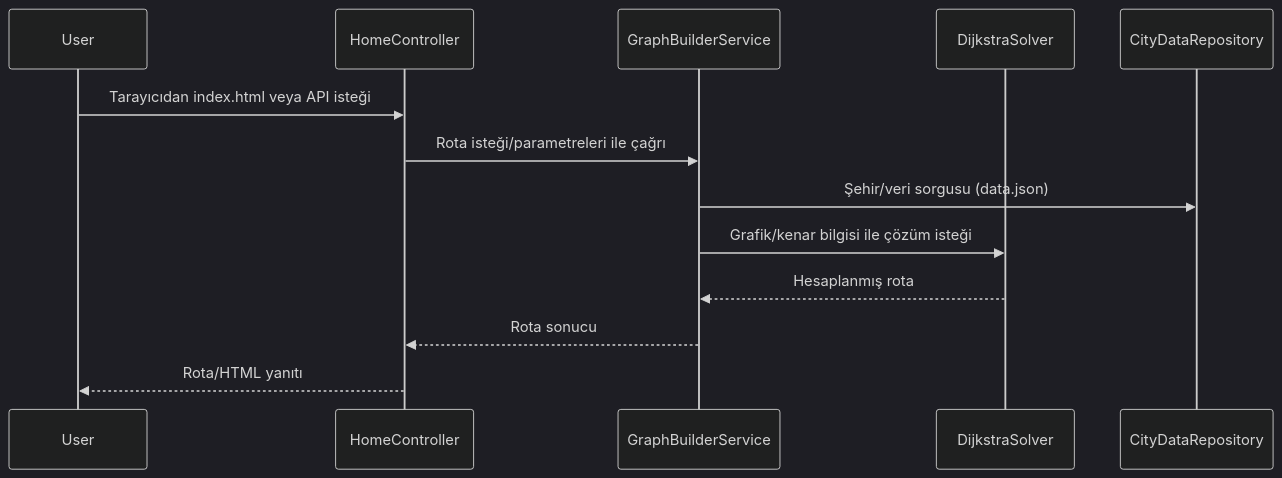
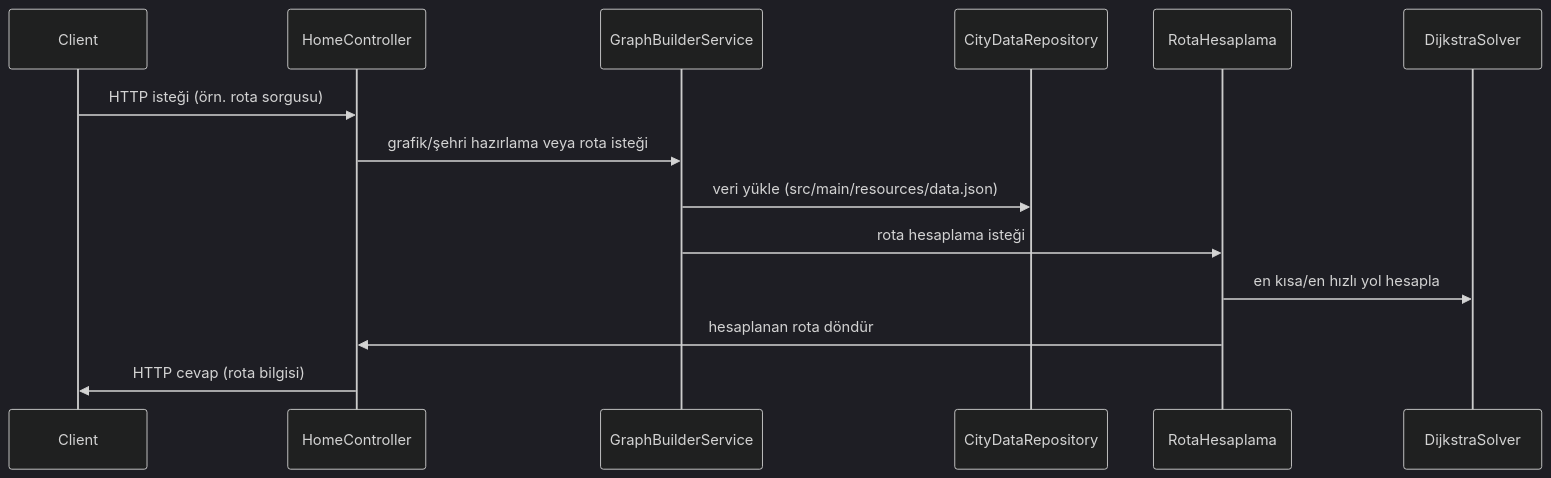
The second of 2 diagrams in README_ARCH.md (YusuffBulbul/Izmit_sehir_ici_ulasim), drawn with Mermaid (dark theme) before and after one commit. The commit also changed other lines of this file, not shown here.

Commit message:
docs: update architecture blueprint and code review (2026-09-07)

````diff
--- a/README_ARCH.md
+++ b/README_ARCH.md
@@ -74,16 +80,11 @@
 ```mermaid
 sequenceDiagram
-participant User
-participant HomeController
-participant GraphBuilderService
-participant DijkstraSolver
-participant CityDataRepository
-User->>HomeController: Tarayıcıdan index.html veya API isteği
-HomeController->>GraphBuilderService: Rota isteği/parametreleri ile çağrı
-GraphBuilderService->>CityDataRepository: Şehir/veri sorgusu (data.json)
-GraphBuilderService->>DijkstraSolver: Grafik/kenar bilgisi ile çözüm isteği
-DijkstraSolver-->>GraphBuilderService: Hesaplanmış rota
-GraphBuilderService-->>HomeController: Rota sonucu
-HomeController-->>User: Rota/HTML yanıtı
+Client->>HomeController: HTTP isteği (örn. rota sorgusu)
+HomeController->>GraphBuilderService: grafik/şehri hazırlama veya rota isteği
+GraphBuilderService->>CityDataRepository: veri yükle (src/main/resources/data.json)
+GraphBuilderService->>RotaHesaplama: rota hesaplama isteği
+RotaHesaplama->>DijkstraSolver: en kısa/en hızlı yol hesapla
+RotaHesaplama->>HomeController: hesaplanan rota döndür
+HomeController->>Client: HTTP cevap (rota bilgisi)
 
 ```
````
